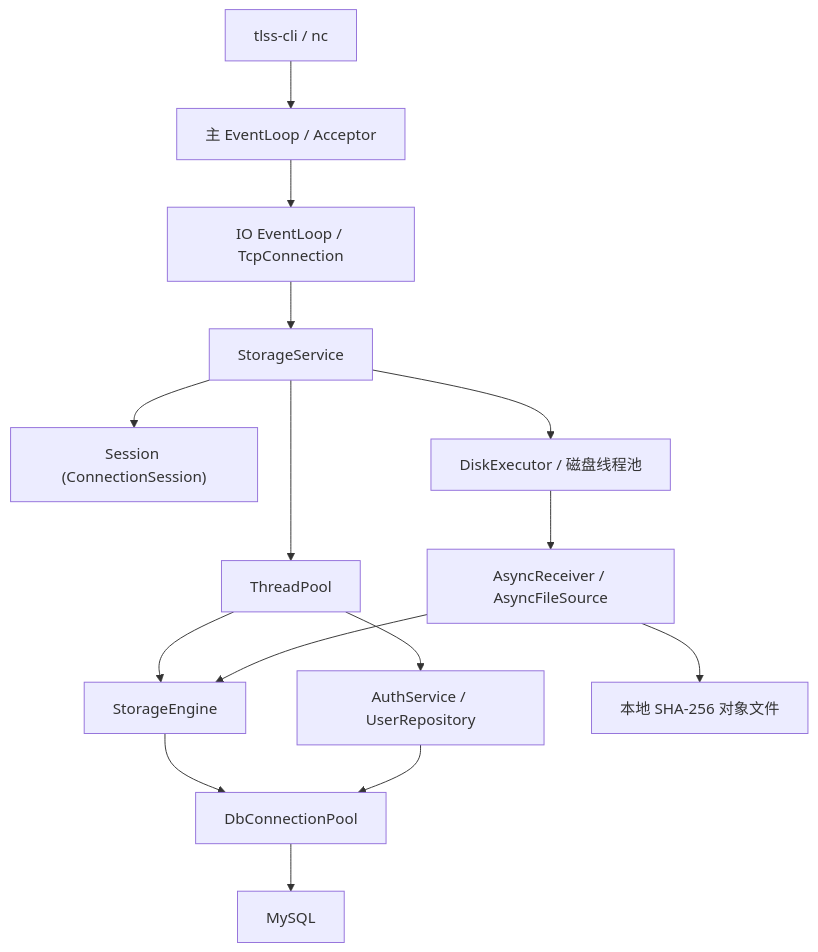
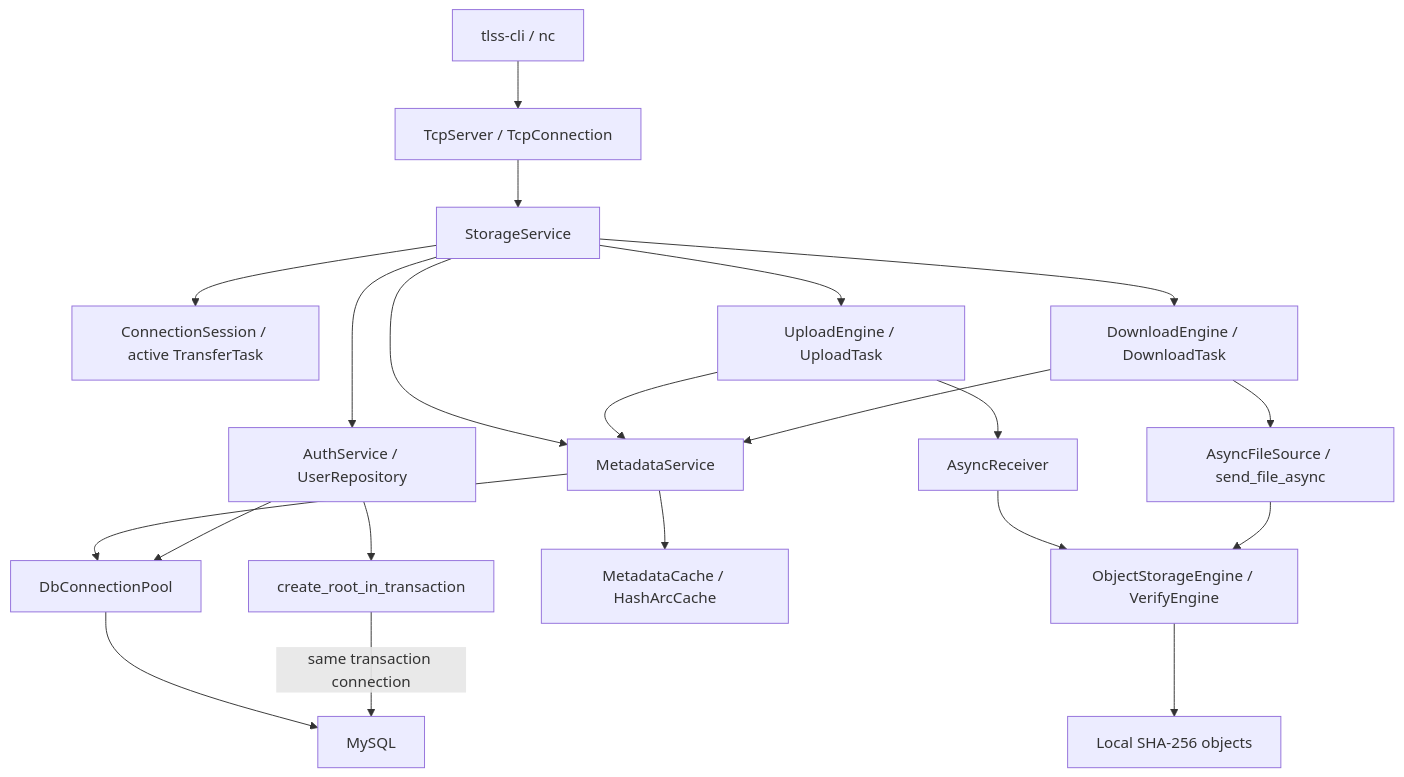
One commit to ClarkY0505/cpp_TLFSS changed the diagram in README.cn.md. Above: the diagram before and after it, drawn with Mermaid. The commit also changed other lines of this file and 1 other file, not shown here.

Commit message:
[doce] : README Regarding Architectural Adjustments

````diff
--- a/README.cn.md
+++ b/README.cn.md
@@ -124,17 +138,23 @@
 ```mermaid
 flowchart TD
-    Client[tlss-cli / nc] --> Acceptor[主 EventLoop / Acceptor]
-    Acceptor --> Connection[IO EventLoop / TcpConnection]
-    Connection --> Service[StorageService]
-    Service --> Workers[ThreadPool]
-    Service --> Session["Session (ConnectionSession)"]
-    Workers --> Engine[StorageEngine]
-    Workers --> Auth[AuthService / UserRepository]
-    Service --> Disk[DiskExecutor / 磁盘线程池]
-    Disk --> Transfer[AsyncReceiver / AsyncFileSource]
-    Transfer --> Filesystem[本地 SHA-256 对象文件]
-    Transfer --> Engine
-    Engine --> Pool[DbConnectionPool]
+    Client[tlss-cli / nc] --> Network[TcpServer / TcpConnection]
+    Network --> Service[StorageService]
+    Service --> Session[ConnectionSession / active TransferTask]
+    Service --> Auth[AuthService / UserRepository]
+    Service --> Upload[UploadEngine / UploadTask]
+    Service --> Download[DownloadEngine / DownloadTask]
+    Service --> Metadata[MetadataService]
+    Upload --> Metadata
+    Download --> Metadata
+    Auth --> Root[create_root_in_transaction]
+    Upload --> Receiver[AsyncReceiver]
+    Download --> Source[AsyncFileSource / send_file_async]
+    Receiver --> Objects[ObjectStorageEngine / VerifyEngine]
+    Source --> Objects
+    Objects --> Filesystem[Local SHA-256 objects]
+    Metadata --> Cache[MetadataCache / HashArcCache]
+    Metadata --> Pool[DbConnectionPool]
     Auth --> Pool
     Pool --> MySQL[MySQL]
+    Root -->|same transaction connection| MySQL
 ```
````
